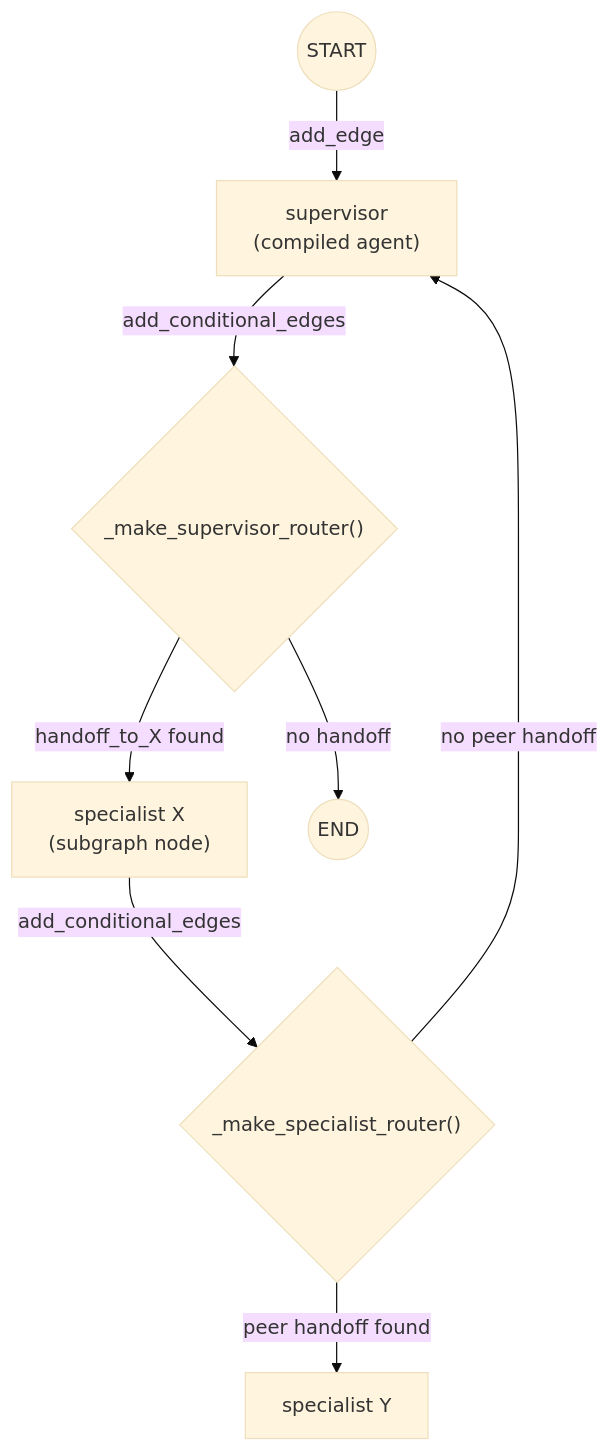
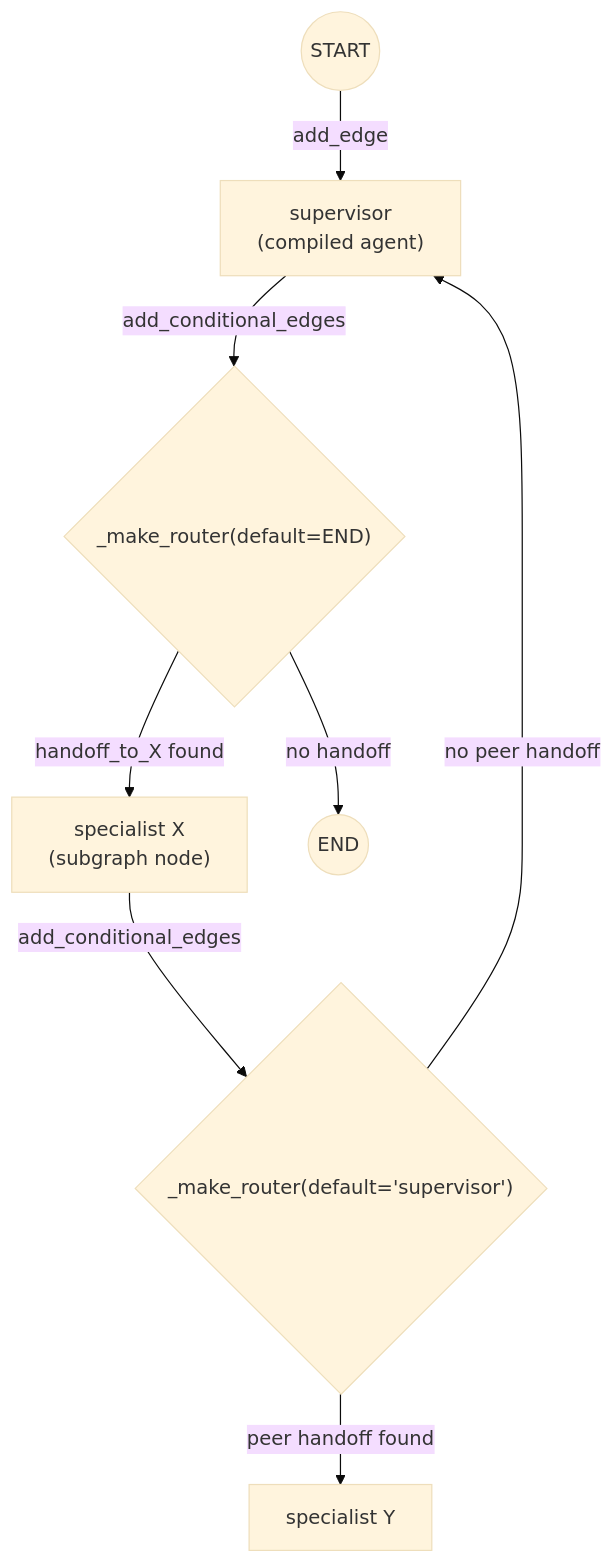
One commit to ogghst/backcast changed the second of 4 diagrams in docs/02-architecture/ai/supervisor-orchestrator.md. Above: the diagram before and after it, drawn with Mermaid (base theme). The commit also changed other lines of this file and 4 other files, not shown here.

First line of the commit message:
refactor: simplify supervisor orchestrator and update architecture doc

````diff
--- a/docs/02-architecture/ai/supervisor-orchestrator.md
+++ b/docs/02-architecture/ai/supervisor-orchestrator.md
@@ -220,10 +230,10 @@
 ```mermaid
 flowchart TD
     START((START)) -->|"add_edge"| SUP["supervisor\n(compiled agent)"]
-    SUP -->|"add_conditional_edges"| ROUTE{"_make_supervisor_router()"}
+    SUP -->|"add_conditional_edges"| ROUTE{"_make_router(default=END)"}
     ROUTE -->|"handoff_to_X found"| SPEC_X["specialist X\n(subgraph node)"]
     ROUTE -->|"no handoff"| END_NODE((END))
-    SPEC_X -->|"add_conditional_edges"| SPEC_ROUTE{"_make_specialist_router()"}
+    SPEC_X -->|"add_conditional_edges"| SPEC_ROUTE{"_make_router(default='supervisor')"}
     SPEC_ROUTE -->|"peer handoff found"| SPEC_Y["specialist Y"]
     SPEC_ROUTE -->|"no peer handoff"| SUP
 ```
````
